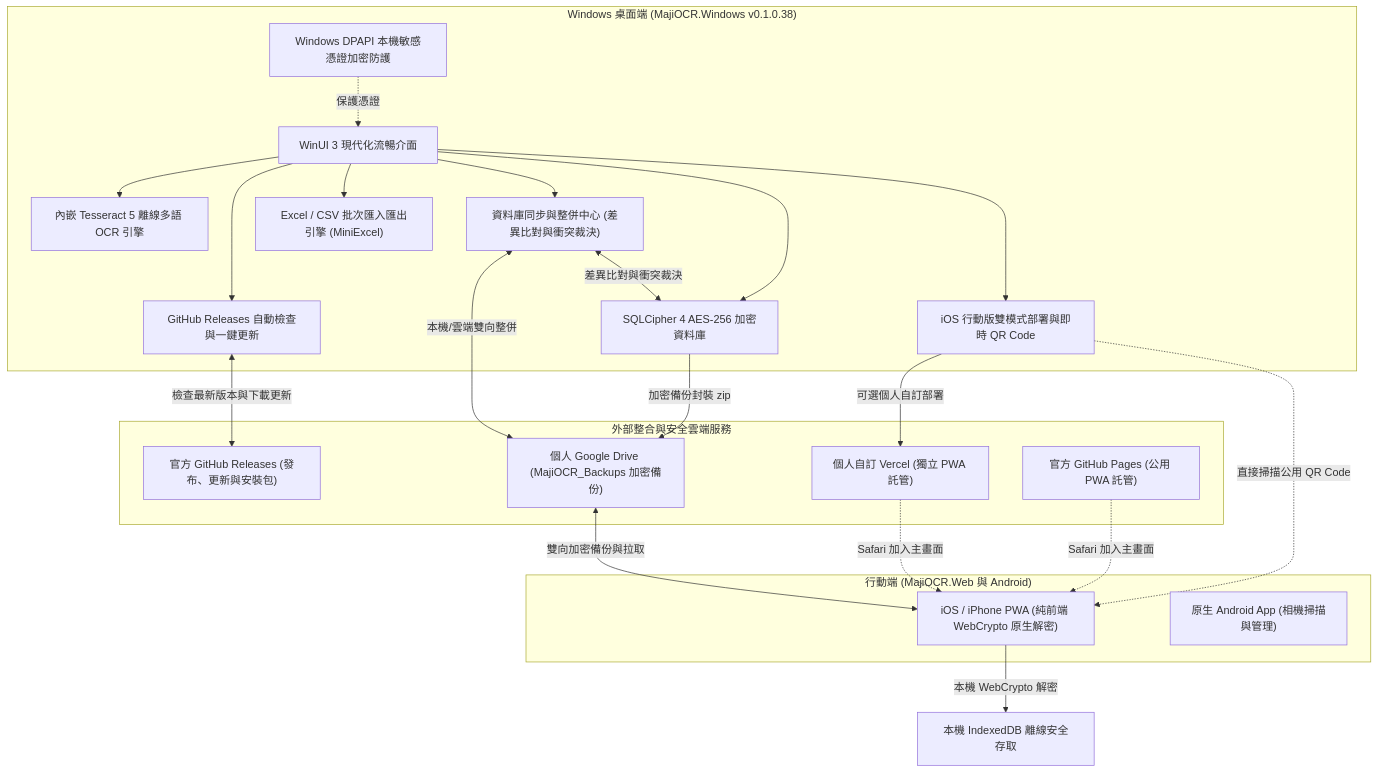
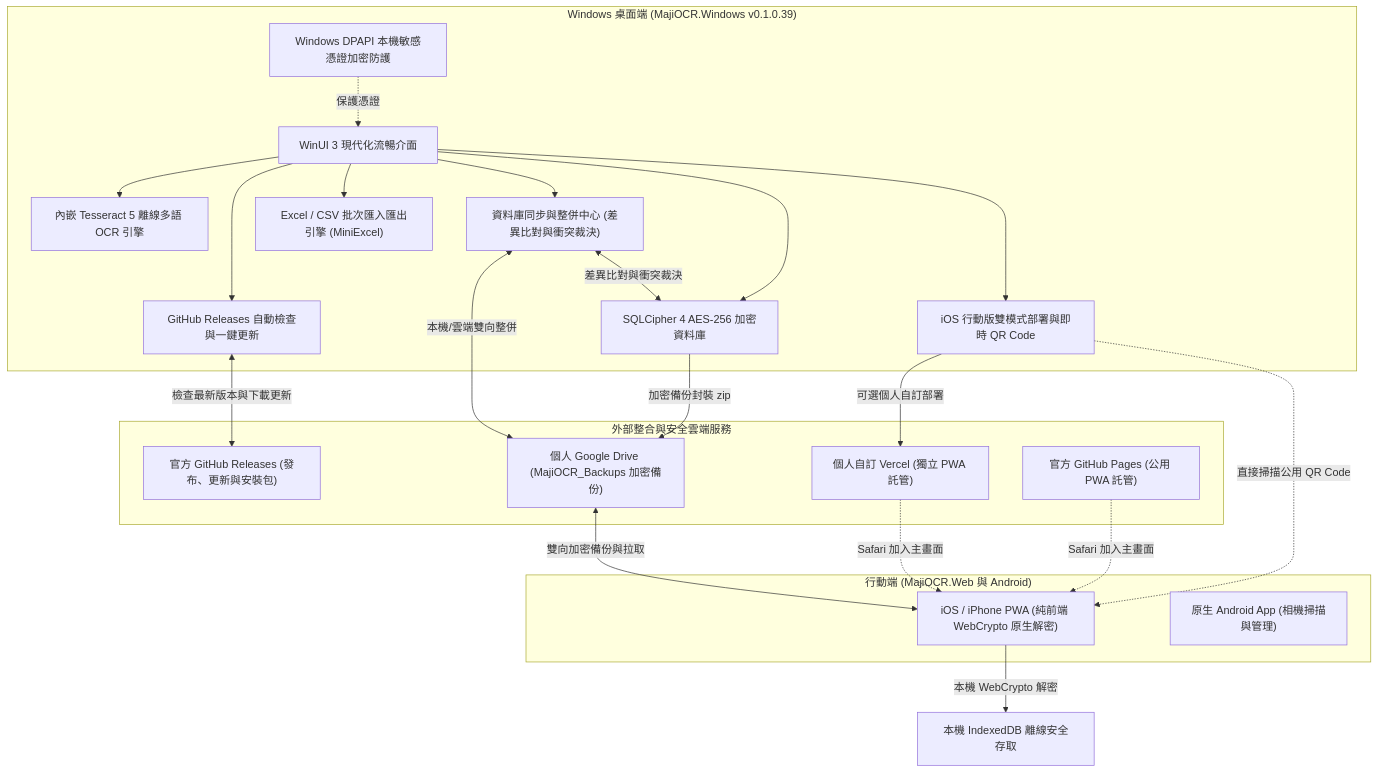
One commit to Ryan-tw-Hans/MajiStudio changed the diagram in README.md. Above: the diagram before and after it, drawn with Mermaid. The commit also changed other lines of this file and 10 other files, not shown here.

````diff
--- a/README.md
+++ b/README.md
@@ -18,48 +18,48 @@
 ```mermaid
 graph TD
-    subgraph Desktop ["Windows 桌面端 (MajiOCR.Windows v0.1.0.38)"]
+    subgraph Desktop ["Windows 桌面端 (MajiOCR.Windows v0.1.0.39)"]
         WinUI["WinUI 3 現代化流暢介面"]
         Tess["內嵌 Tesseract 5 離線多語 OCR 引擎"]
         SQLCipher["SQLCipher 4 AES-256 加密資料庫"]
         SyncCenter["資料庫同步與整併中心 (差異比對與衝突裁決)"]
         ExcelEngine["Excel / CSV 批次匯入匯出引擎 (MiniExcel)"]
         AutoUpdate["GitHub Releases 自動檢查與一鍵更新"]
         DPAPI["Windows DPAPI 本機敏感憑證加密防護"]
         DualDeploy["iOS 行動版雙模式部署與即時 QR Code"]
     end
 
     subgraph Cloud ["外部整合與安全雲端服務"]
         GHReleases["官方 GitHub Releases (發布、更新與安裝包)"]
         GHPages["官方 GitHub Pages (公用 PWA 託管)"]
         GDrive["個人 Google Drive (MajiOCR_Backups 加密備份)"]
         Vercel["個人自訂 Vercel (獨立 PWA 託管)"]
     end
 
     subgraph Mobile ["行動端 (MajiOCR.Web 與 Android)"]
         PWA["iOS / iPhone PWA (純前端 WebCrypto 原生解密)"]
         AndroidApp["原生 Android App (相機掃描與管理)"]
     end
 
     %% Windows 內部關聯
     WinUI --> Tess
     WinUI --> SQLCipher
     WinUI --> SyncCenter
     WinUI --> ExcelEngine
     WinUI --> AutoUpdate
     WinUI --> DualDeploy
     DPAPI -.->|保護憑證| WinUI
 
     %% 桌面端與雲端/發布關聯
     AutoUpdate <-->|檢查最新版本與下載更新| GHReleases
     DualDeploy -.->|直接掃描公用 QR Code| PWA
     DualDeploy -->|可選個人自訂部署| Vercel
     GHPages -.->|Safari 加入主畫面| PWA
     Vercel -.->|Safari 加入主畫面| PWA
     SQLCipher -->|加密備份封裝 zip| GDrive
     GDrive <-->|雙向加密備份與拉取| PWA
     SyncCenter <-->|本機/雲端雙向整併| GDrive
     SyncCenter <-->|差異比對與衝突裁決| SQLCipher
 
     %% 行動端內部
     PWA -->|本機 WebCrypto 解密| IndexedDB["本機 IndexedDB 離線安全存取"]
 ```
````
